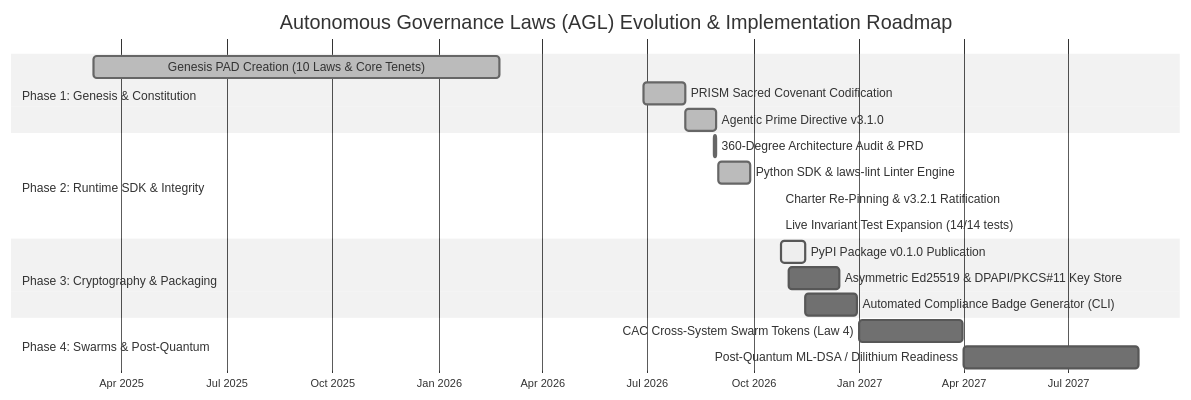
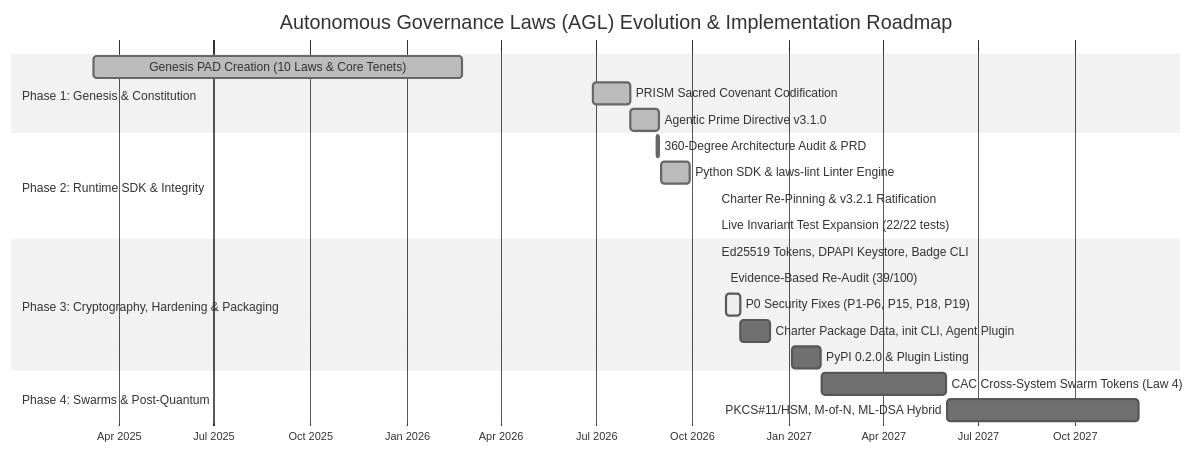
The third of 3 diagrams in README.md (kirklasalle/AutonomousGovernanceLaws), drawn with Mermaid (neutral theme) before and after one commit. The commit also changed other lines of this file and 15 other files, not shown here.

````diff
--- a/README.md
+++ b/README.md
@@ -303,26 +317,28 @@
 ```mermaid
 gantt
     title Autonomous Governance Laws (AGL) Evolution & Implementation Roadmap
     dateFormat  YYYY-MM-DD
     axisFormat  %b %Y
 
     section Phase 1: Genesis & Constitution
     Genesis PAD Creation (10 Laws & Core Tenets) :done, p1, 2025-03-08, 2026-02-23
     PRISM Sacred Covenant Codification          :done, p2, 2026-06-28, 2026-08-03
     Agentic Prime Directive v3.1.0               :done, p3, 2026-08-03, 2026-08-30
 
     section Phase 2: Runtime SDK & Integrity
     360-Degree Architecture Audit & PRD          :done, p4, 2026-08-28, 2026-08-30
     Python SDK & laws-lint Linter Engine         :done, p5, 2026-09-01, 2026-09-28
     Charter Re-Pinning & v3.2.1 Ratification     :done, p6, 2026-10-24, 2026-10-24
-    Live Invariant Test Expansion (14/14 tests)  :done, p7, 2026-10-24, 2026-10-24
+    Live Invariant Test Expansion (22/22 tests)  :done, p7, 2026-10-24, 2026-10-24
 
-    section Phase 3: Cryptography & Packaging
-    PyPI Package v0.1.0 Publication              :active, p8, 2026-10-25, 2026-11-15
-    Asymmetric Ed25519 & DPAPI/PKCS#11 Key Store :p9, 2026-11-01, 2026-12-15
-    Automated Compliance Badge Generator (CLI)   :p10, 2026-11-15, 2026-12-30
+    section Phase 3: Cryptography, Hardening & Packaging
+    Ed25519 Tokens, DPAPI Keystore, Badge CLI    :done, p9, 2026-10-24, 2026-10-24
+    Evidence-Based Re-Audit (39/100)             :done, p10, 2026-11-01, 2026-11-01
+    P0 Security Fixes (P1-P6, P15, P18, P19)     :active, p8, 2026-11-02, 2026-11-16
+    Charter Package Data, init CLI, Agent Plugin :p8b, 2026-11-16, 2026-12-14
+    PyPI 0.2.0 & Plugin Listing                  :p8c, 2027-01-04, 2027-01-31
 
     section Phase 4: Swarms & Post-Quantum
-    CAC Cross-System Swarm Tokens (Law 4)        :p11, 2027-01-01, 2027-03-31
-    Post-Quantum ML-DSA / Dilithium Readiness    :p12, 2027-04-01, 2027-08-31
+    CAC Cross-System Swarm Tokens (Law 4)        :p11, 2027-02-01, 2027-05-31
+    PKCS#11/HSM, M-of-N, ML-DSA Hybrid           :p12, 2027-06-01, 2027-12-01
 ```
````
